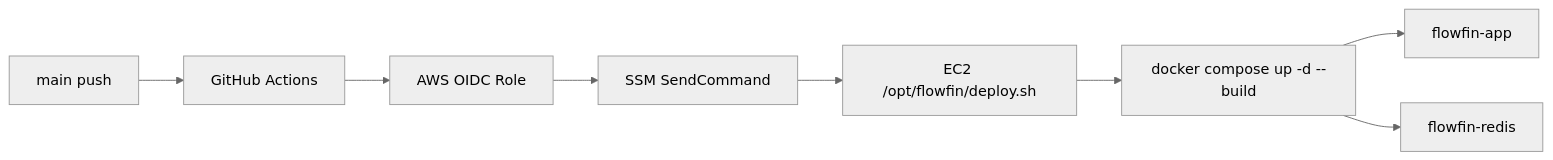
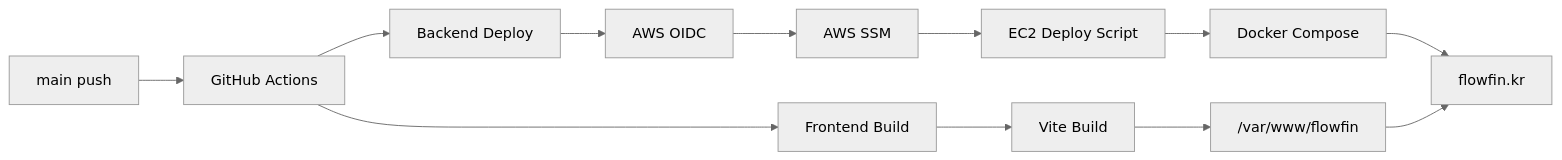
Before and after one commit to ogt-git/flowfin-server: the second of 2 diagrams in README.md, drawn with Mermaid (neutral theme). The commit also changed other lines of this file and 1 other file, not shown here.

````diff
--- a/README.md
+++ b/README.md
@@ -271,10 +213,14 @@
 ```mermaid
 flowchart LR
     Push["main push"] --> Actions["GitHub Actions"]
-    Actions --> OIDC["AWS OIDC Role"]
-    OIDC --> SSM["SSM SendCommand"]
-    SSM --> EC2["EC2 /opt/flowfin/deploy.sh"]
-    EC2 --> Compose["docker compose up -d --build"]
-    Compose --> App["flowfin-app"]
-    Compose --> Redis["flowfin-redis"]
+    Actions --> Backend["Backend Deploy"]
+    Actions --> Frontend["Frontend Build"]
+    Backend --> OIDC["AWS OIDC"]
+    OIDC --> SSM["AWS SSM"]
+    SSM --> EC2["EC2 Deploy Script"]
+    EC2 --> Docker["Docker Compose"]
+    Frontend --> Vite["Vite Build"]
+    Vite --> Static["/var/www/flowfin"]
+    Docker --> Service["flowfin.kr"]
+    Static --> Service
 ```
````
